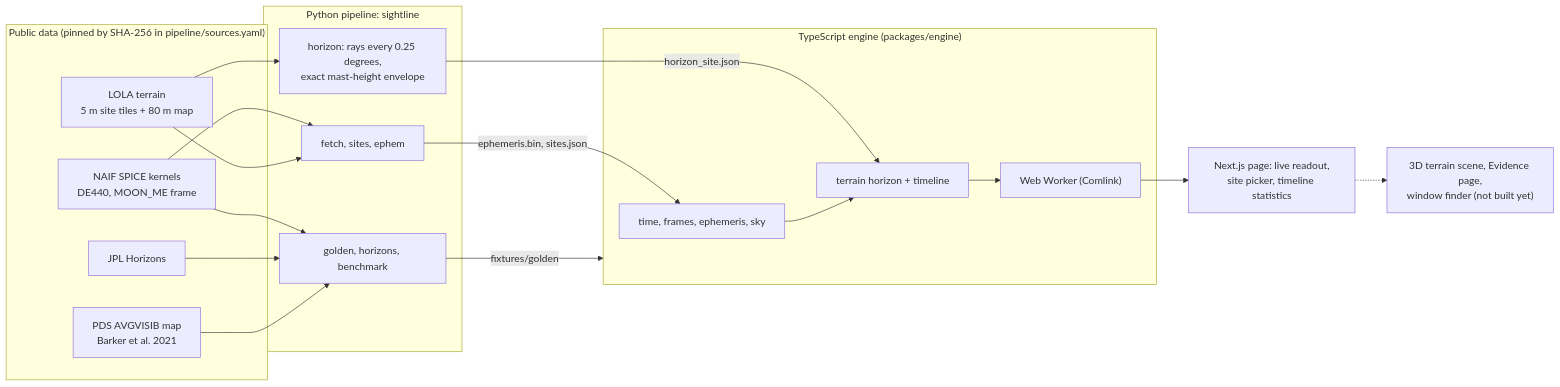
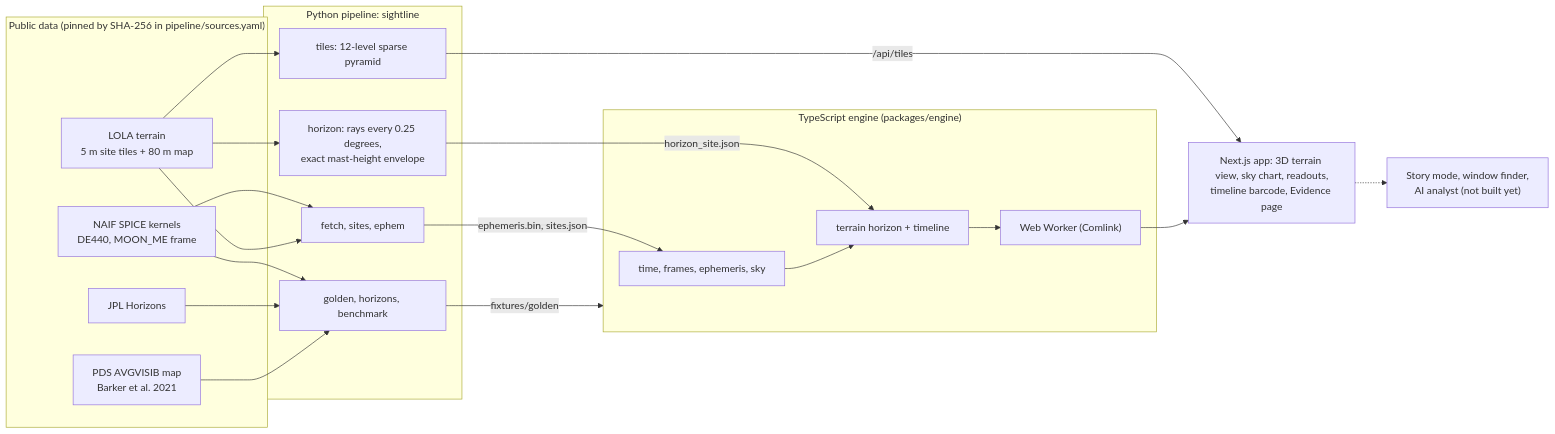
Before and after one commit to WarRinOP/sightline: the diagram in README.md, drawn with Mermaid. The commit also changed other lines of this file and 19 other files, not shown here.

First line of the commit message:
feat(web): 3D terrain view on real tiles, sky chart, mission barcode with scrubber, Evidence page (S1-06b, S1-09, S1-10, D-032)

````diff
--- a/README.md
+++ b/README.md
@@ -67,32 +68,35 @@
 ```mermaid
 flowchart LR
   subgraph Sources["Public data (pinned by SHA-256 in pipeline/sources.yaml)"]
     SPICE["NAIF SPICE kernels<br/>DE440, MOON_ME frame"]
     DEM["LOLA terrain<br/>5 m site tiles + 80 m map"]
     HZ["JPL Horizons"]
     PDS["PDS AVGVISIB map<br/>Barker et al. 2021"]
   end
   subgraph Pipeline["Python pipeline: sightline"]
     P1["fetch, sites, ephem"]
     P2["horizon: rays every 0.25 degrees,<br/>exact mast-height envelope"]
     P3["golden, horizons, benchmark"]
+    P4["tiles: 12-level sparse pyramid"]
   end
   subgraph Engine["TypeScript engine (packages/engine)"]
     E1["time, frames, ephemeris, sky"]
     E2["terrain horizon + timeline"]
     W["Web Worker (Comlink)"]
   end
-  UI["Next.js page: live readout,<br/>site picker, timeline statistics"]
-  FUT["3D terrain scene, Evidence page,<br/>window finder (not built yet)"]
+  UI["Next.js app: 3D terrain view, sky chart, readouts,<br/>timeline barcode, Evidence page"]
+  FUT["Story mode, window finder,<br/>AI analyst (not built yet)"]
   SPICE --> P1
   DEM --> P1
   DEM --> P2
+  DEM --> P4
   SPICE --> P3
   HZ --> P3
   PDS --> P3
   P1 -->|"ephemeris.bin, sites.json"| E1
   P2 -->|"horizon_site.json"| E2
   P3 -->|"fixtures/golden"| Engine
+  P4 -->|"/api/tiles"| UI
   E1 --> E2 --> W --> UI
   UI -.-> FUT
 ```
````
